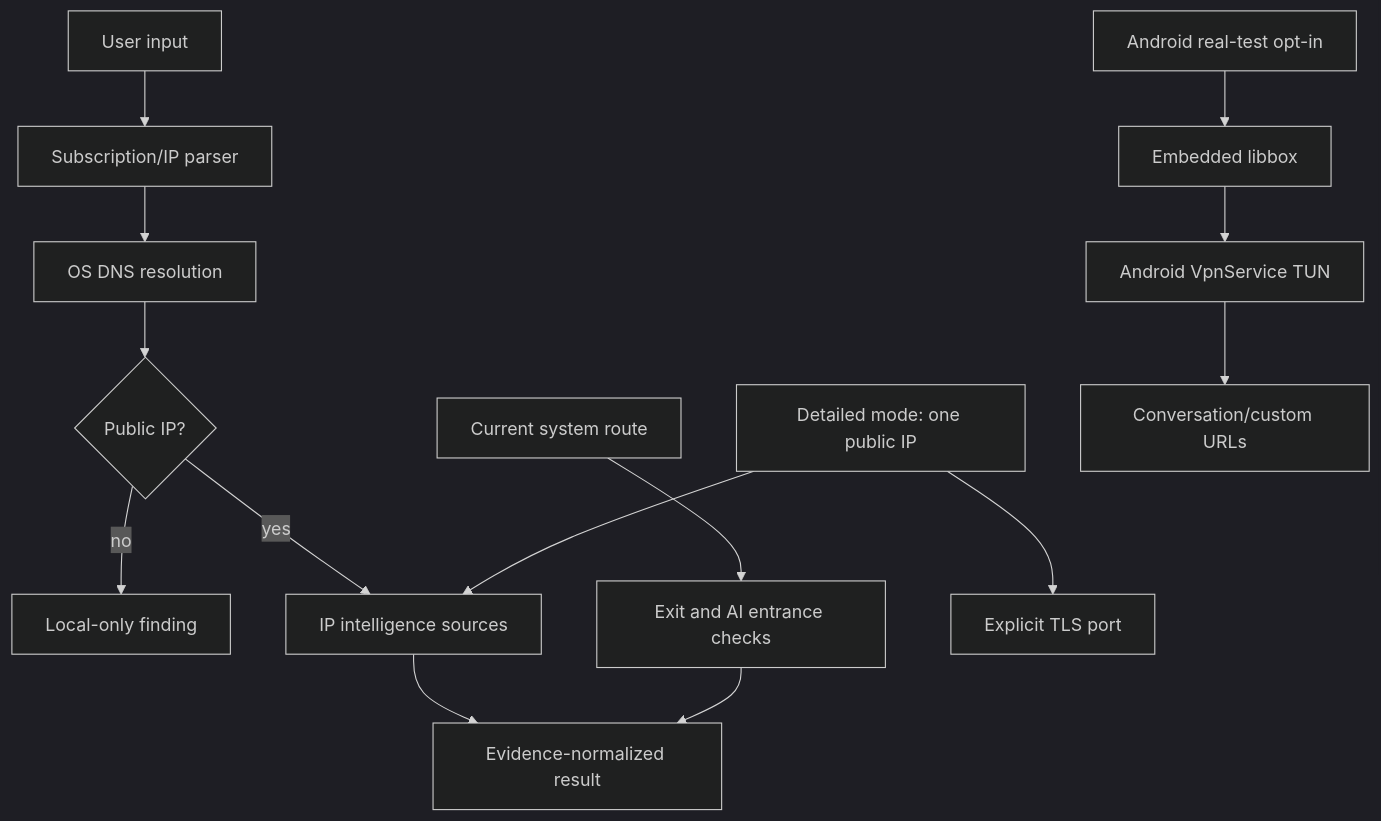
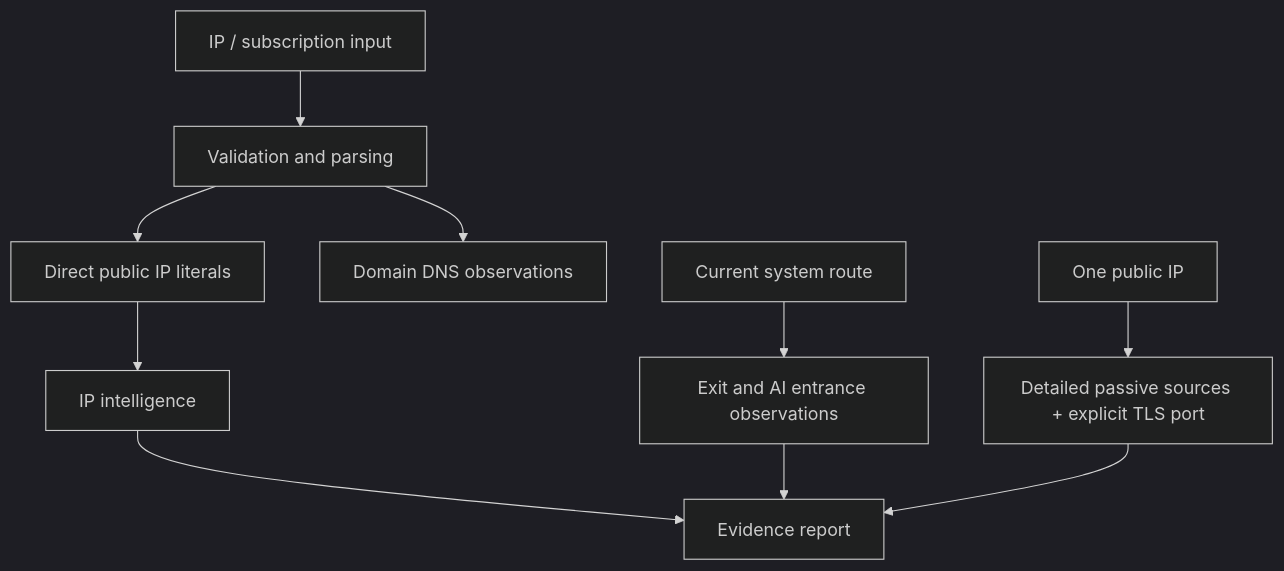
The diagram in docs/ARCHITECTURE.md (zizegak916-glitch/0612), drawn with Mermaid (dark theme) before and after one commit. The commit also changed other lines of this file and 61 other files, not shown here.

Commit message:
refactor: remove VPN and make investigation evidence-only

````diff
--- a/docs/ARCHITECTURE.md
+++ b/docs/ARCHITECTURE.md
@@ -5,16 +5,12 @@
 ```mermaid
 flowchart TD
-  U[User input] --> P[Subscription/IP parser]
-  P --> R[OS DNS resolution]
-  R --> G{Public IP?}
-  G -- no --> L[Local-only finding]
-  G -- yes --> I[IP intelligence sources]
-  I --> E[Evidence-normalized result]
-  C[Current system route] --> X[Exit and AI entrance checks]
+  U["IP / subscription input"] --> P["Validation and parsing"]
+  P --> L["Direct public IP literals"]
+  P --> D["Domain DNS observations"]
+  L --> I["IP intelligence"]
+  I --> E["Evidence report"]
+  C["Current system route"] --> X["Exit and AI entrance observations"]
   X --> E
-  D["Detailed mode: one public IP"] --> I
-  D --> T["Explicit TLS port"]
-  S["Android real-test opt-in"] --> M["Embedded libbox"]
-  M --> V["Android VpnService TUN"]
-  V --> A["Conversation/custom URLs"]
+  S["One public IP"] --> Q["Detailed passive sources + explicit TLS port"]
+  Q --> E
 ```
````
